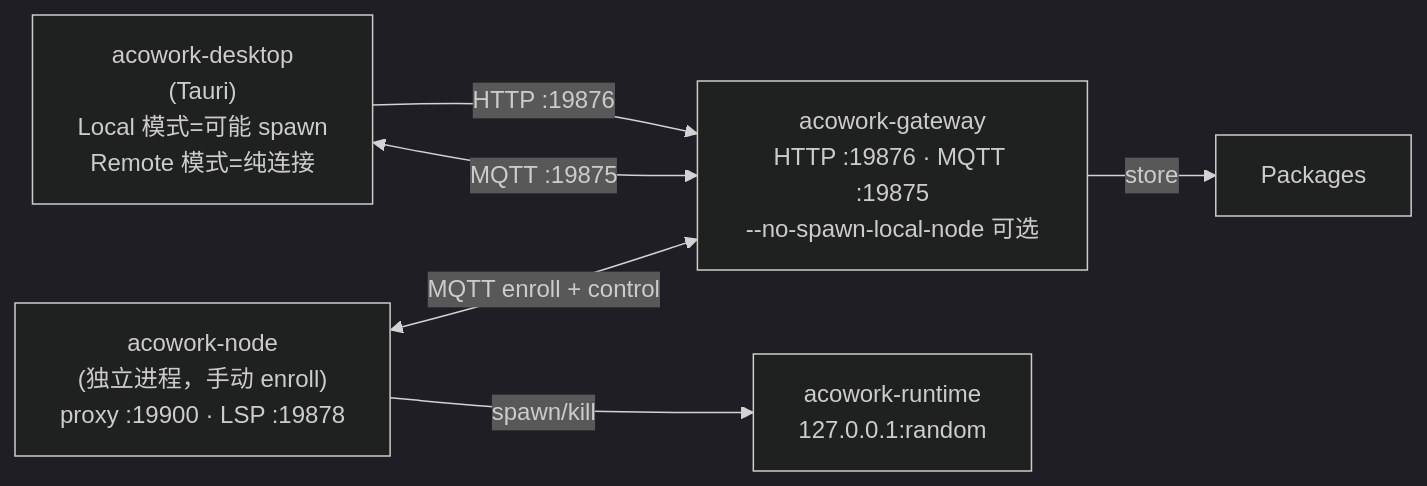
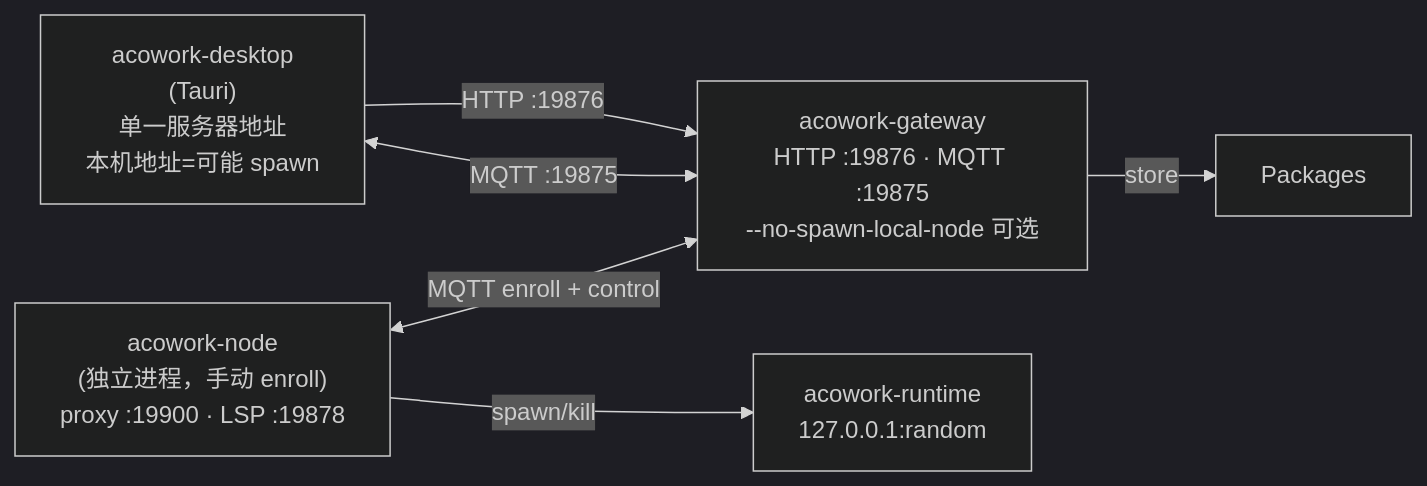
Before and after one commit to acowork/acowork: the first of 2 diagrams in docs/runbooks/single-machine-remote-topology.md, drawn with Mermaid (dark theme). The commit also changed other lines of this file and 61 other files, not shown here.

````diff
--- a/docs/runbooks/single-machine-remote-topology.md
+++ b/docs/runbooks/single-machine-remote-topology.md
@@ -10,9 +10,9 @@
 ```mermaid
 graph LR
-    Desktop["acowork-desktop<br/>(Tauri)<br/>Local 模式=可能 spawn<br/>Remote 模式=纯连接"] -->|HTTP :19876| Gateway
+    Desktop["acowork-desktop<br/>(Tauri)<br/>单一服务器地址<br/>本机地址=可能 spawn"] -->|HTTP :19876| Gateway
     Desktop <-->|MQTT :19875| Gateway
     Gateway["acowork-gateway<br/>HTTP :19876 · MQTT :19875<br/>--no-spawn-local-node 可选"] -->|store| Packages
     Node["acowork-node<br/>(独立进程，手动 enroll)<br/>proxy :19900 · LSP :19878"]
     Node <-->|MQTT enroll + control| Gateway
     Node -->|spawn/kill| Runtime["acowork-runtime<br/>127.0.0.1:random"]
 ```
````
